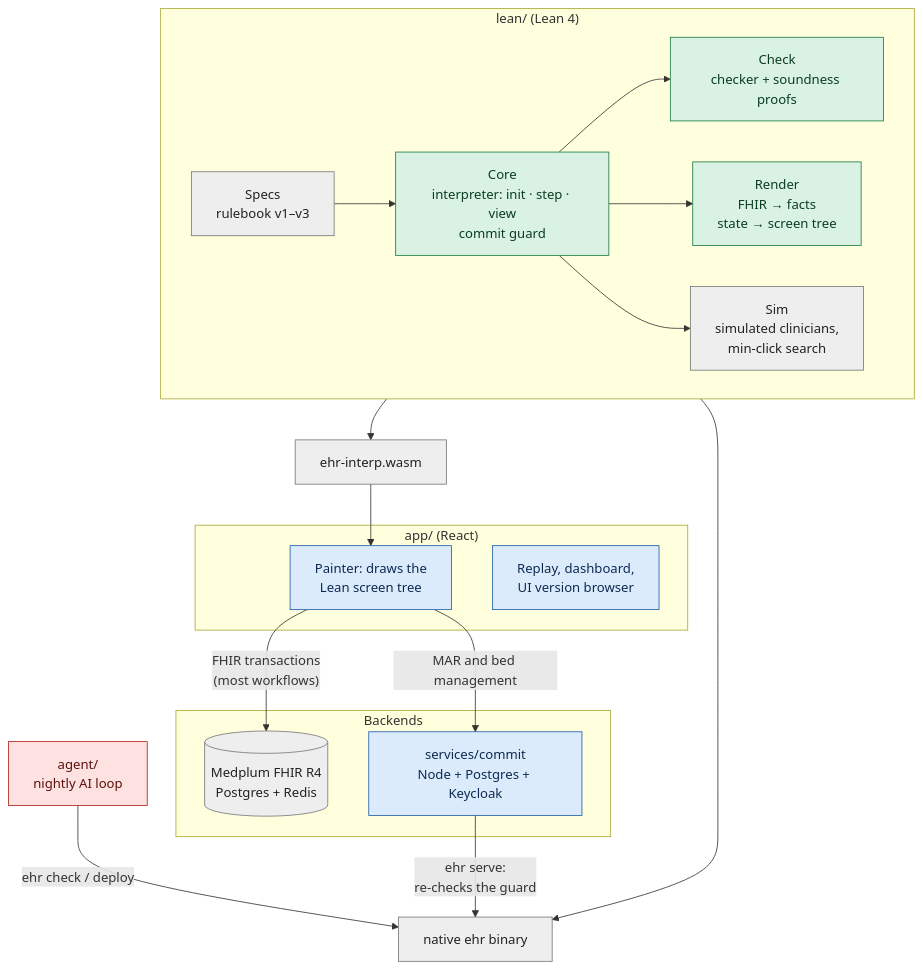
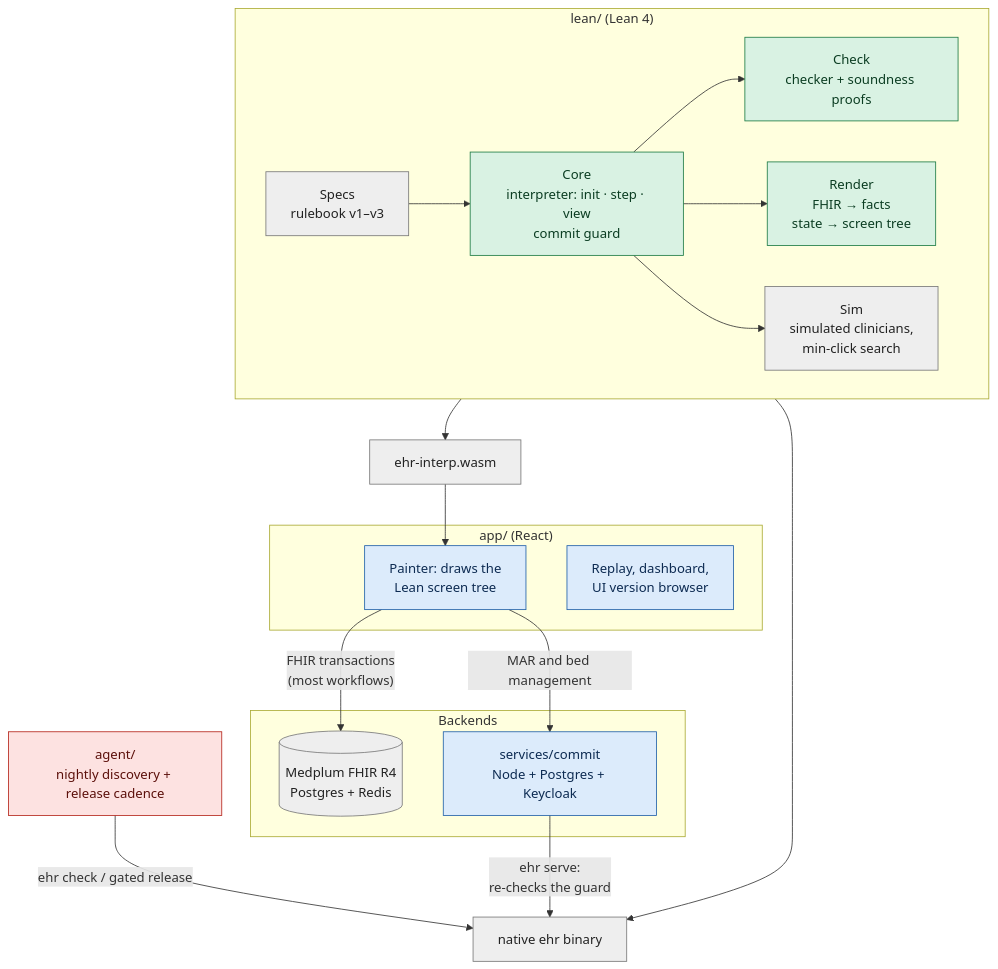
Before and after one commit to saithat/VGI-Health: the second of 3 diagrams in README.md, drawn with Mermaid. The commit also changed other lines of this file and 49 other files, not shown here.

First line of the commit message:
Bounded clinician, certified design archive, release cadence and tailoring sessions

````diff
--- a/README.md
+++ b/README.md
@@ -86,41 +86,41 @@
 ```mermaid
 flowchart TB
   classDef proved fill:#d9f2e3,stroke:#1b7a43,color:#0b3d22
   classDef checked fill:#dcebfb,stroke:#1f5fa8,color:#0d2b52
   classDef trusted fill:#eeeeee,stroke:#777,color:#222
   classDef untrusted fill:#fde2e1,stroke:#b42318,color:#5c100b
 
   subgraph LEAN["lean/ (Lean 4)"]
     direction LR
     SPECS["Specs<br/>rulebook v1–v3"]:::trusted
     CORE["Core<br/>interpreter: init · step · view<br/>commit guard"]:::proved
     CHECK["Check<br/>checker + soundness proofs"]:::proved
     RENDER["Render<br/>FHIR → facts<br/>state → screen tree"]:::proved
     SIM["Sim<br/>simulated clinicians,<br/>min-click search"]:::trusted
     SPECS --> CORE --> CHECK
     CORE --> RENDER
     CORE --> SIM
   end
 
   NATIVE["native ehr binary"]:::trusted
   WASM["ehr-interp.wasm"]:::trusted
   LEAN --> NATIVE
   LEAN --> WASM
 
   subgraph BROWSER["app/ (React)"]
     PAINTER["Painter: draws the<br/>Lean screen tree"]:::checked
     DASH["Replay, dashboard,<br/>UI version browser"]:::checked
   end
   WASM --> PAINTER
 
-  AGENT["agent/<br/>nightly AI loop"]:::untrusted
-  AGENT -->|"ehr check / deploy"| NATIVE
+  AGENT["agent/<br/>nightly discovery + release cadence"]:::untrusted
+  AGENT -->|"ehr check / gated release"| NATIVE
 
   subgraph BACKEND["Backends"]
     MEDPLUM[("Medplum FHIR R4<br/>Postgres + Redis")]:::trusted
     COMMIT["services/commit<br/>Node + Postgres + Keycloak"]:::checked
   end
   PAINTER -->|"FHIR transactions<br/>(most workflows)"| MEDPLUM
   PAINTER -->|"MAR and bed management"| COMMIT
   COMMIT -->|"ehr serve:<br/>re-checks the guard"| NATIVE
 ```
````
